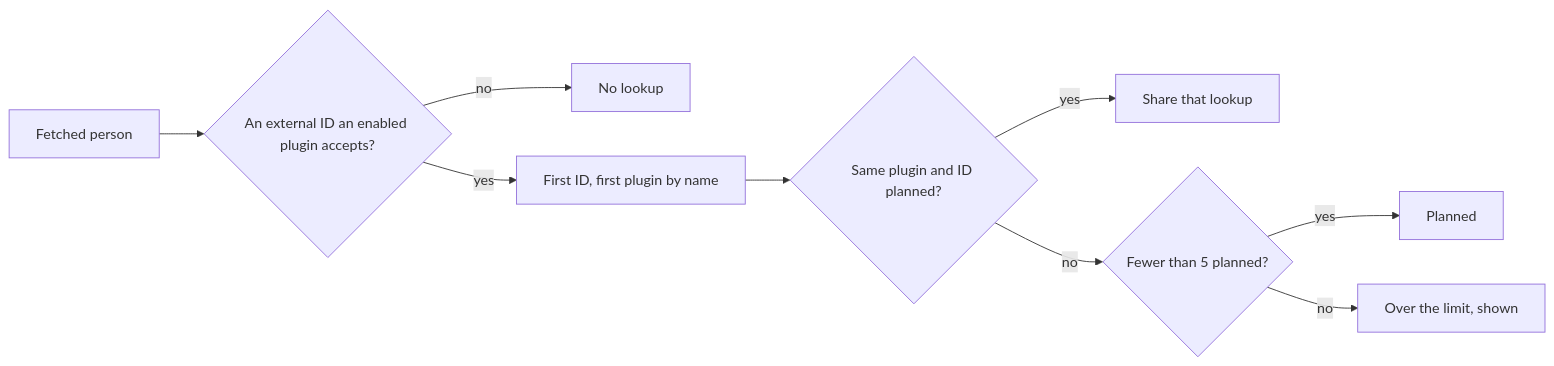
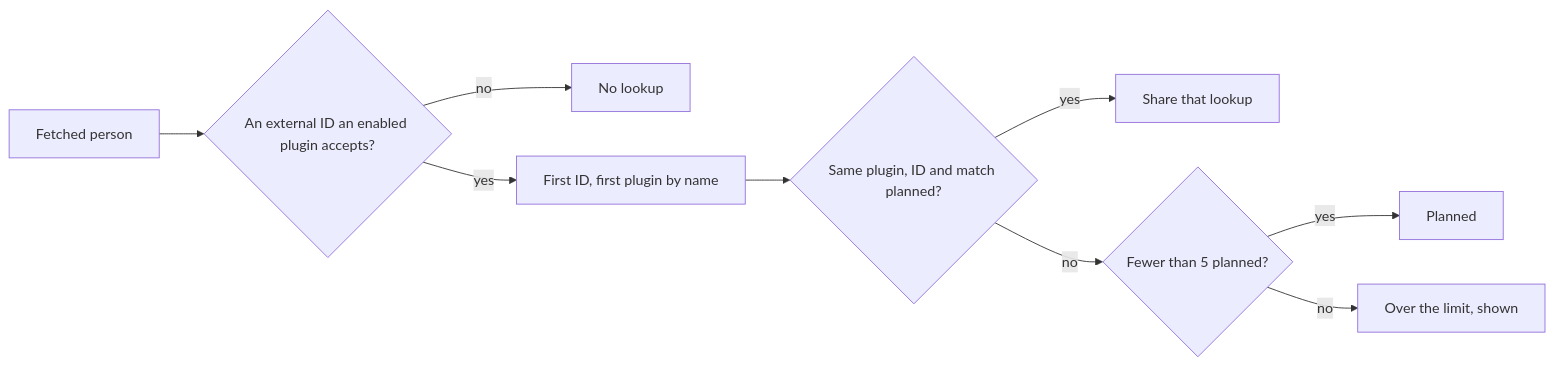
Before and after one commit to syudead/vv: the second of 2 diagrams in specs/062-mandb/research.md, drawn with Mermaid. The commit also changed other lines of this file and 4 other files, not shown here.

````diff
--- a/specs/062-mandb/research.md
+++ b/specs/062-mandb/research.md
@@ -98,11 +100,11 @@
 ```mermaid
 flowchart LR
   person[Fetched person] --> ids{An external ID an enabled plugin accepts?}
   ids -->|no| none[No lookup]
   ids -->|yes| pick[First ID, first plugin by name]
-  pick --> dup{Same plugin and ID planned?}
+  pick --> dup{Same plugin, ID and match planned?}
   dup -->|yes| share[Share that lookup]
   dup -->|no| cap{Fewer than 5 planned?}
   cap -->|yes| plan[Planned]
   cap -->|no| over[Over the limit, shown]
 ```
````
